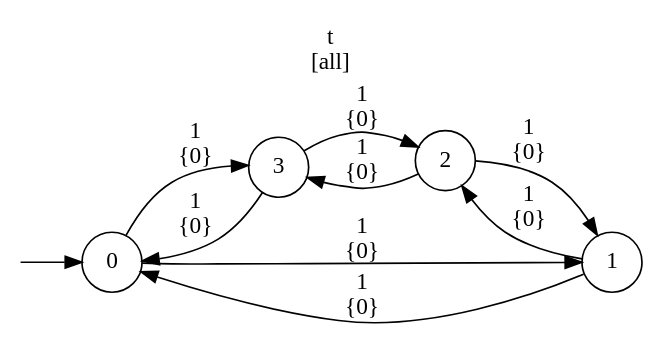
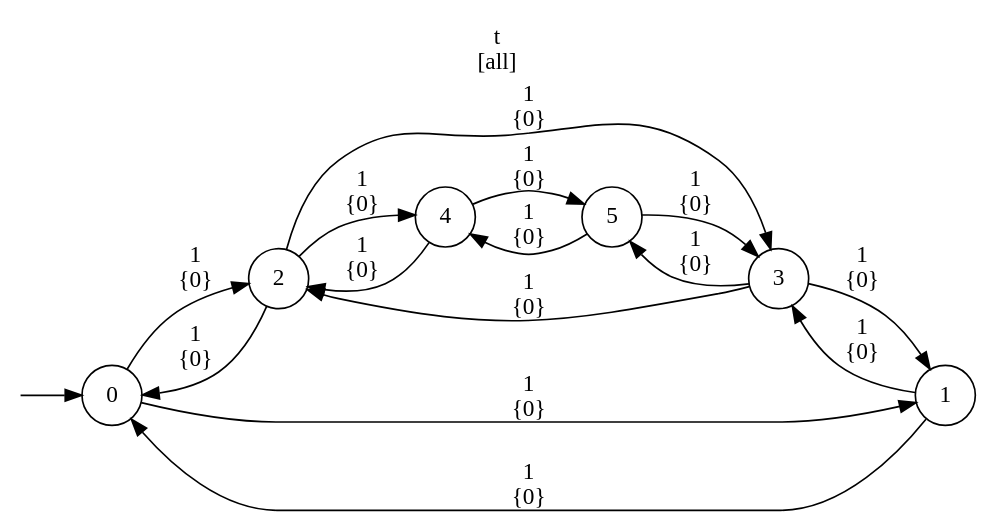
The diagram in output/ts_automaton.dot (jrourke48/HMRTA_TS_GENERATION), drawn with Graphviz before and after one commit. The commit also changed 19 other files, not shown here.

```diff
--- a/output/ts_automaton.dot
+++ b/output/ts_automaton.dot
@@ -1,20 +1,28 @@
 digraph "" {
   rankdir=LR
   label="t\n[all]"
   labelloc="t"
   node [shape="circle"]
   I [label="", style=invis, width=0]
   I -> 0
   0 [label="0"]
-  0 -> 3 [label="1\n{0}"]
+  0 -> 2 [label="1\n{0}"]
   0 -> 1 [label="1\n{0}"]
   1 [label="1"]
-  1 -> 2 [label="1\n{0}"]
+  1 -> 3 [label="1\n{0}"]
   1 -> 0 [label="1\n{0}"]
   2 [label="2"]
-  2 -> 1 [label="1\n{0}"]
+  2 -> 4 [label="1\n{0}"]
+  2 -> 0 [label="1\n{0}"]
   2 -> 3 [label="1\n{0}"]
   3 [label="3"]
-  3 -> 0 [label="1\n{0}"]
+  3 -> 5 [label="1\n{0}"]
+  3 -> 1 [label="1\n{0}"]
   3 -> 2 [label="1\n{0}"]
+  4 [label="4"]
+  4 -> 2 [label="1\n{0}"]
+  4 -> 5 [label="1\n{0}"]
+  5 [label="5"]
+  5 -> 3 [label="1\n{0}"]
+  5 -> 4 [label="1\n{0}"]
 }
```
